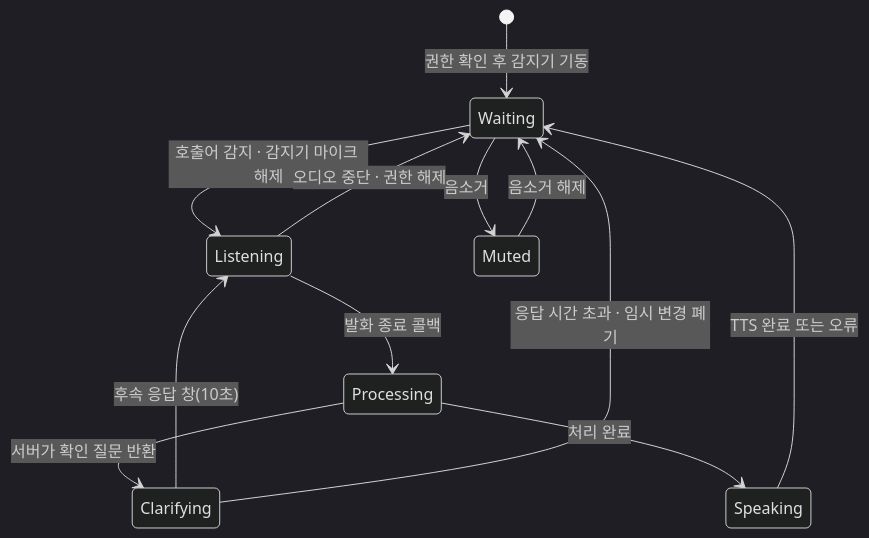
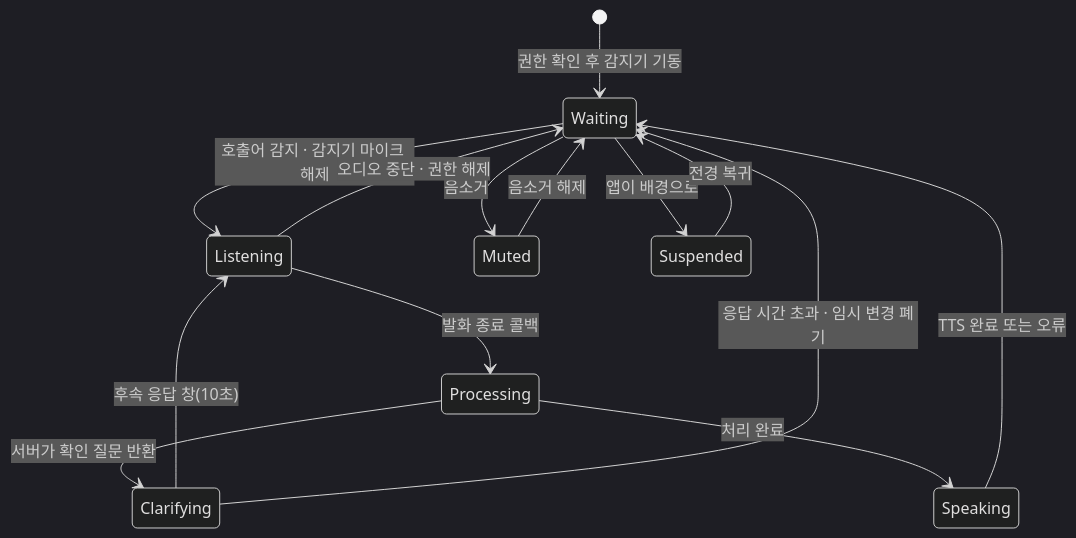
One commit to pis-o-cake/today-meal changed the second of 4 diagrams in docs/architecture/README.md. Above: the diagram before and after it, drawn with Mermaid (dark theme). The commit also changed other lines of this file and 52 other files, not shown here.

````diff
--- a/docs/architecture/README.md
+++ b/docs/architecture/README.md
@@ -97,14 +100,16 @@
 ```mermaid
 stateDiagram-v2
     [*] --> Waiting: 권한 확인 후 감지기 기동
     Waiting --> Listening: 호출어 감지 · 감지기 마이크 해제
     Listening --> Processing: 발화 종료 콜백
     Processing --> Clarifying: 서버가 확인 질문 반환
     Clarifying --> Listening: 후속 응답 창(10초)
     Clarifying --> Waiting: 응답 시간 초과 · 임시 변경 폐기
     Processing --> Speaking: 처리 완료
     Speaking --> Waiting: TTS 완료 또는 오류
     Waiting --> Muted: 음소거
     Muted --> Waiting: 음소거 해제
+    Waiting --> Suspended: 앱이 배경으로
+    Suspended --> Waiting: 전경 복귀
     Listening --> Waiting: 오디오 중단 · 권한 해제
 ```
````
